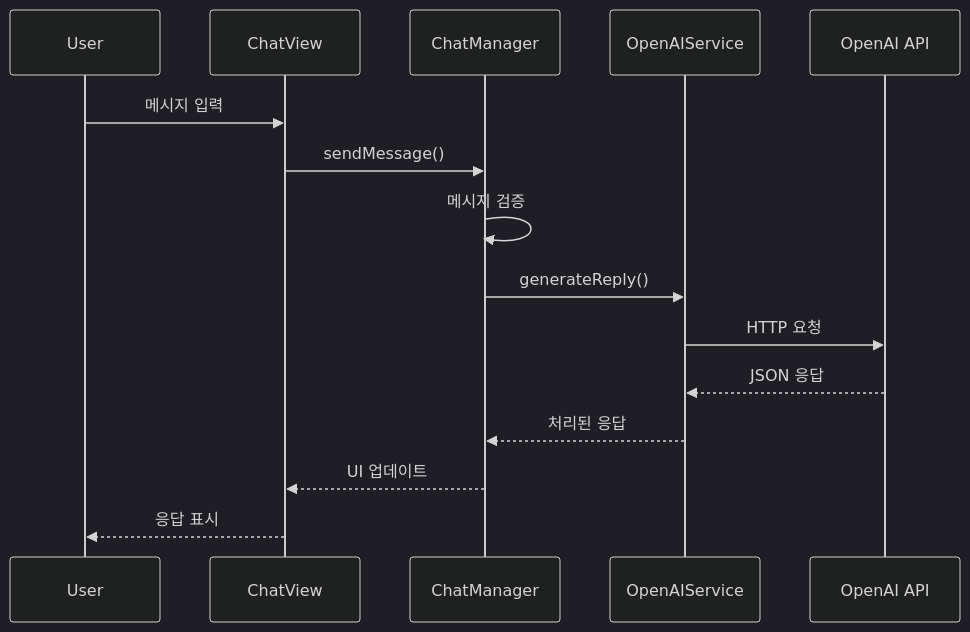
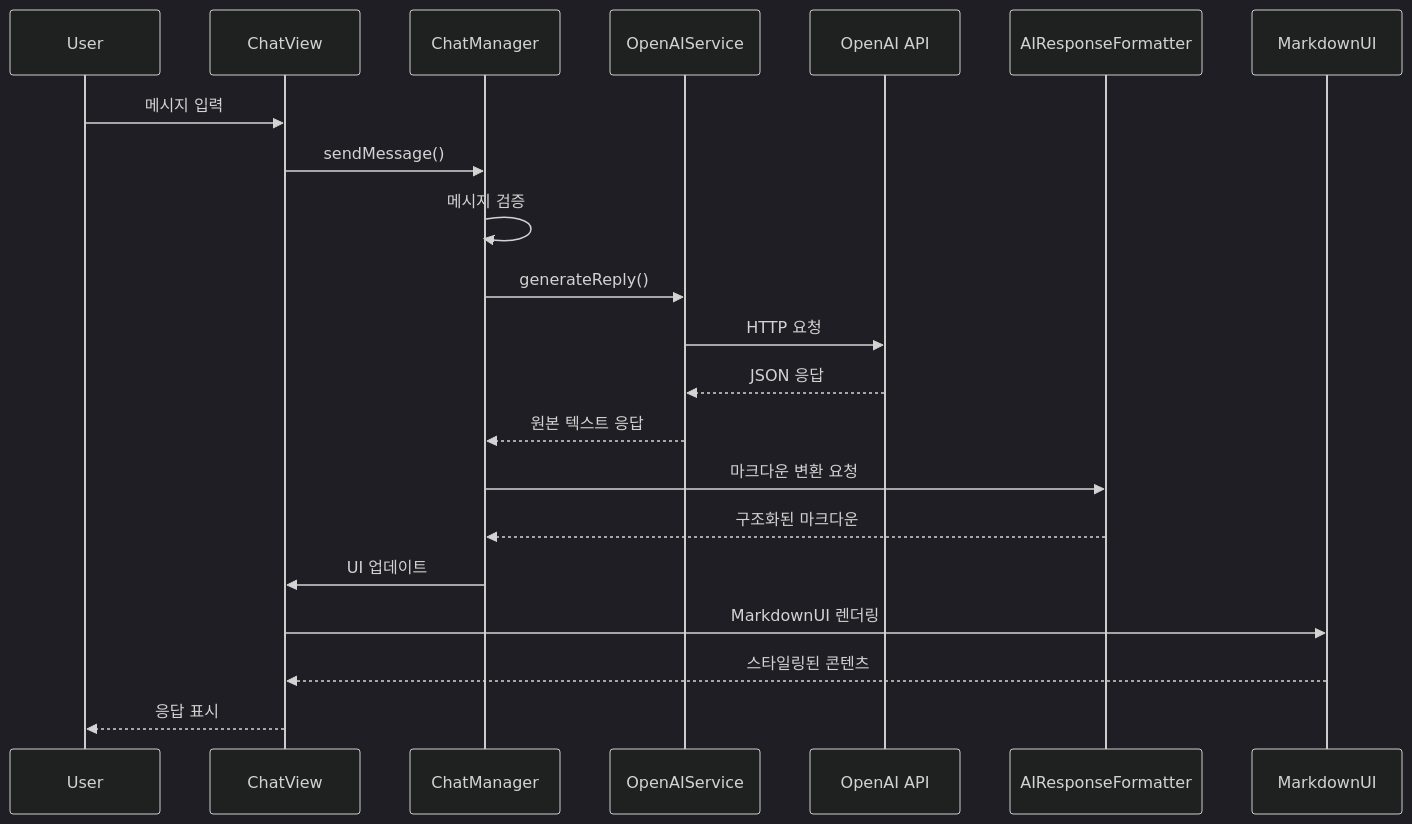
Before and after one commit to 2574895/EduChat_PF: the first of 4 diagrams in docs/architecture.md, drawn with Mermaid (dark theme). The commit also changed other lines of this file and 3 other files, not shown here.

````diff
--- a/docs/architecture.md
+++ b/docs/architecture.md
@@ -34,18 +44,24 @@
 ```mermaid
 sequenceDiagram
     participant U as User
     participant V as ChatView
     participant VM as ChatManager
     participant S as OpenAIService
     participant A as OpenAI API
+    participant F as AIResponseFormatter
+    participant M as MarkdownUI
 
     U->>V: 메시지 입력
     V->>VM: sendMessage()
     VM->>VM: 메시지 검증
     VM->>S: generateReply()
     S->>A: HTTP 요청
     A-->>S: JSON 응답
-    S-->>VM: 처리된 응답
-    VM-->>V: UI 업데이트
+    S-->>VM: 원본 텍스트 응답
+    VM->>F: 마크다운 변환 요청
+    F-->>VM: 구조화된 마크다운
+    VM->>V: UI 업데이트
+    V->>M: MarkdownUI 렌더링
+    M-->>V: 스타일링된 콘텐츠
     V-->>U: 응답 표시
 ```
````
